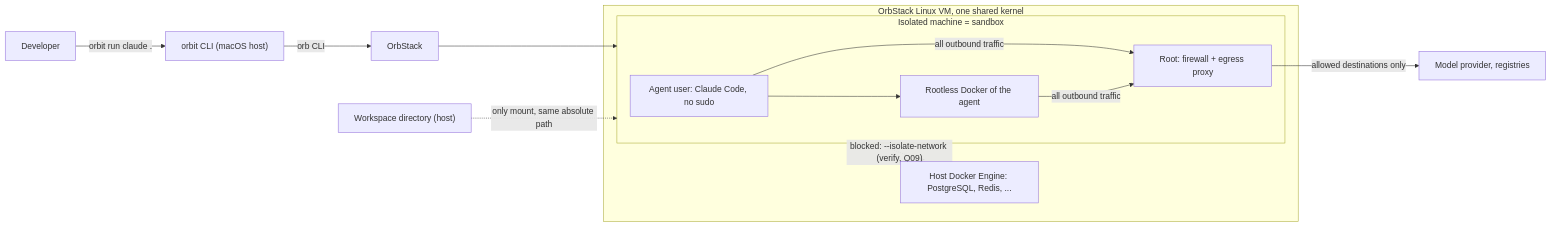
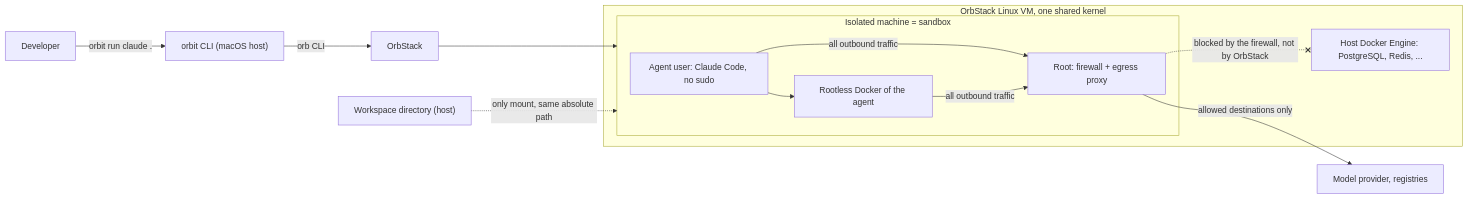
The diagram in ARCHITECTURE.md (cultofthecode/orbit), drawn with Mermaid before and after one commit. The commit also changed other lines of this file and 3 other files, not shown here.

First line of the commit message:
docs(project): record the OrbStack isolated-machine spike

````diff
--- a/ARCHITECTURE.md
+++ b/ARCHITECTURE.md
@@ -13,20 +13,20 @@
 ```mermaid
 flowchart LR
   user["Developer"] -->|"orbit run claude ."| cli["orbit CLI (macOS host)"]
   cli -->|"orb CLI"| orb["OrbStack"]
   subgraph vm["OrbStack Linux VM, one shared kernel"]
     subgraph m["Isolated machine = sandbox"]
       agent["Agent user: Claude Code, no sudo"]
       dockerd["Rootless Docker of the agent"]
       fw["Root: firewall + egress proxy"]
       agent --> dockerd
       agent -->|"all outbound traffic"| fw
       dockerd -->|"all outbound traffic"| fw
     end
     hostengine["Host Docker Engine: PostgreSQL, Redis, ..."]
   end
   orb --> m
   ws["Workspace directory (host)"] -. "only mount, same absolute path" .-> m
   fw -->|"allowed destinations only"| internet["Model provider, registries"]
-  m -. "blocked: --isolate-network (verify, Q09)" .-x hostengine
+  fw -. "blocked by the firewall, not by OrbStack" .-x hostengine
 ```
````
